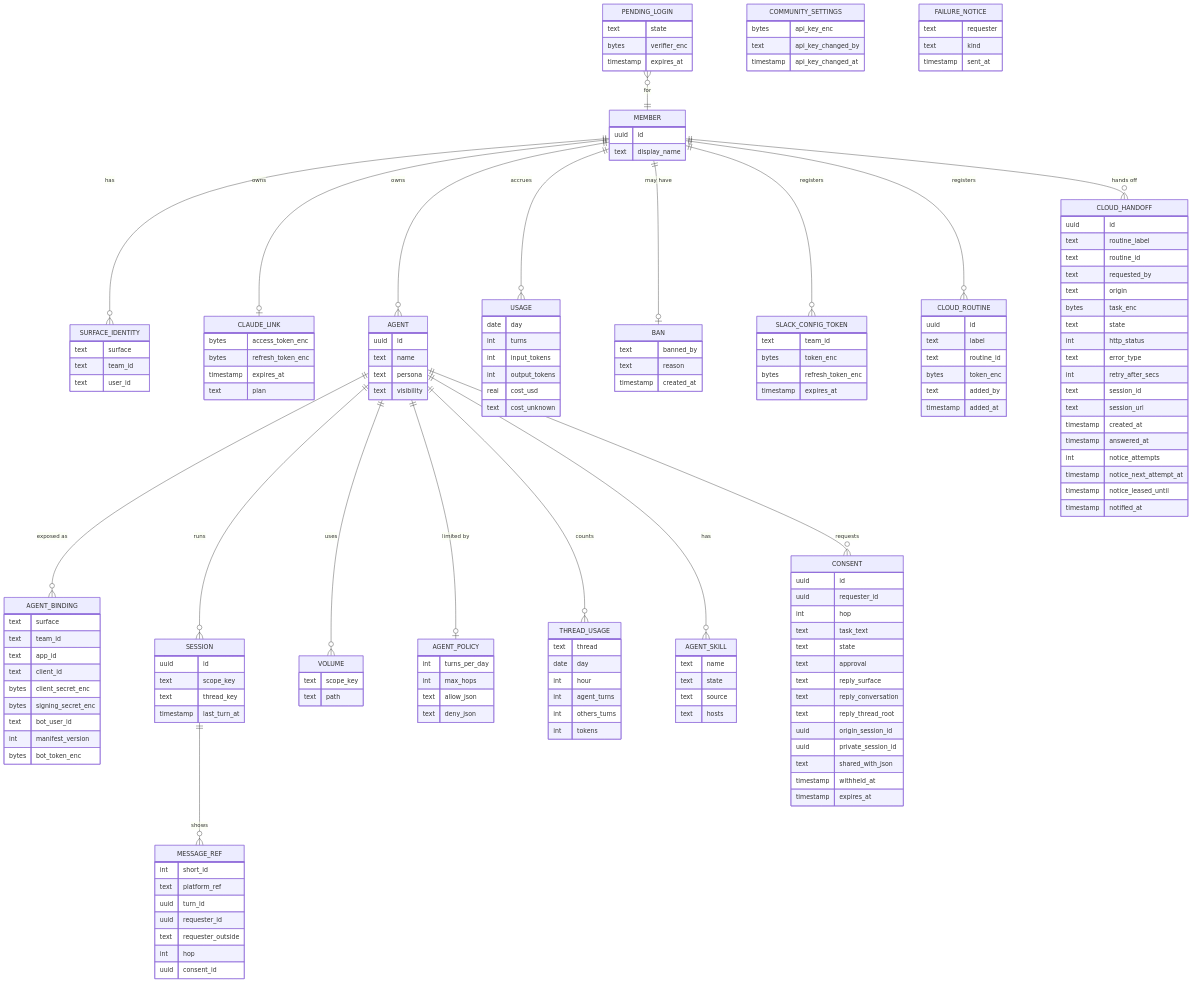
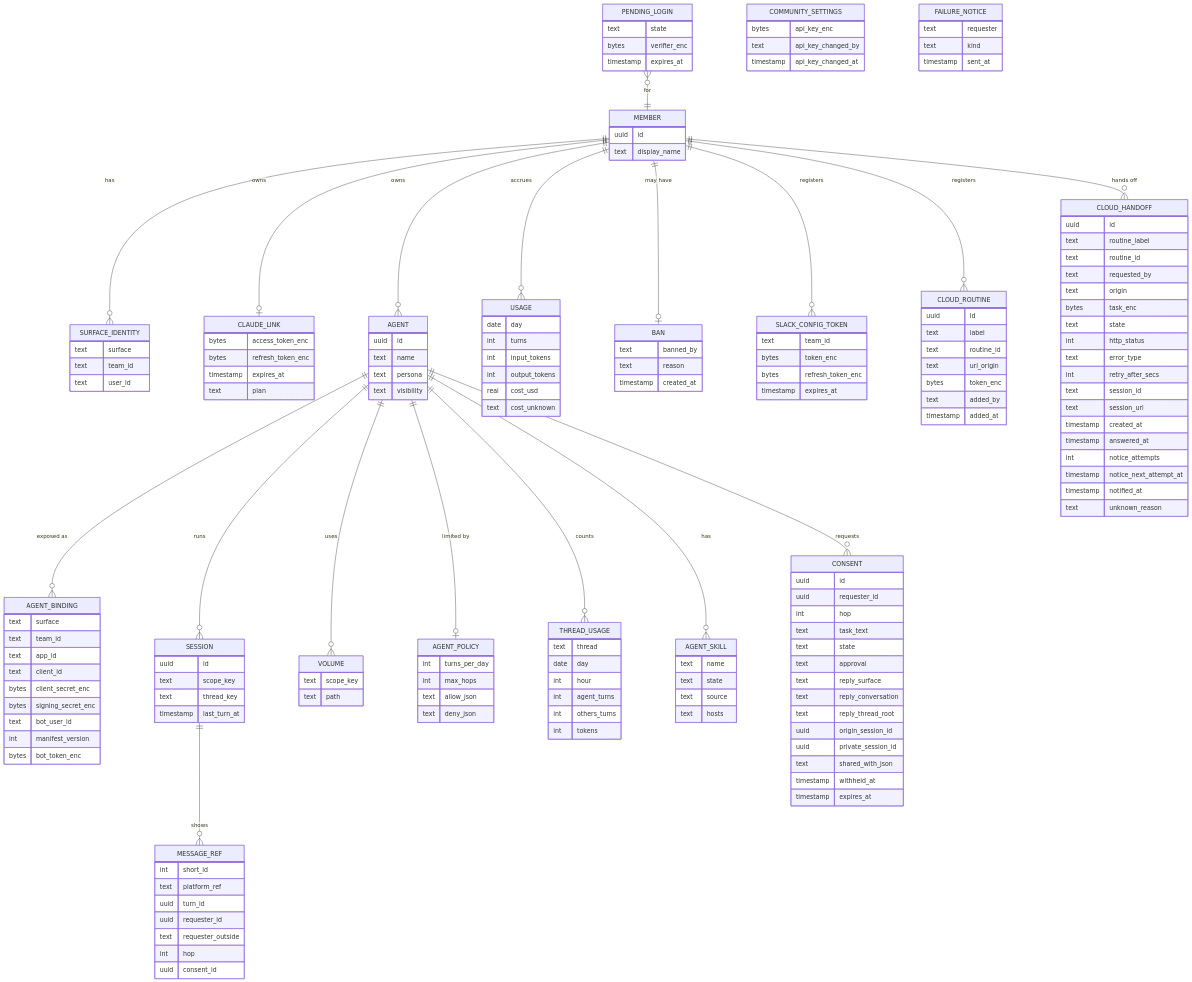
Before and after one commit to agentsky/agent-core: the eighth of 8 diagrams in docs/design.md, drawn with Mermaid. The commit also changed other lines of this file and 15 other files, not shown here.

```diff
--- a/docs/design.md
+++ b/docs/design.md
@@ -1210,6 +1219,7 @@
         uuid id
         text label
         text routine_id
+        text url_origin
         bytes token_enc
         text added_by
         timestamp added_at
@@ -1231,8 +1241,8 @@
         timestamp answered_at
         int notice_attempts
         timestamp notice_next_attempt_at
-        timestamp notice_leased_until
         timestamp notified_at
+        text unknown_reason
     }
     VOLUME {
         text scope_key
```
